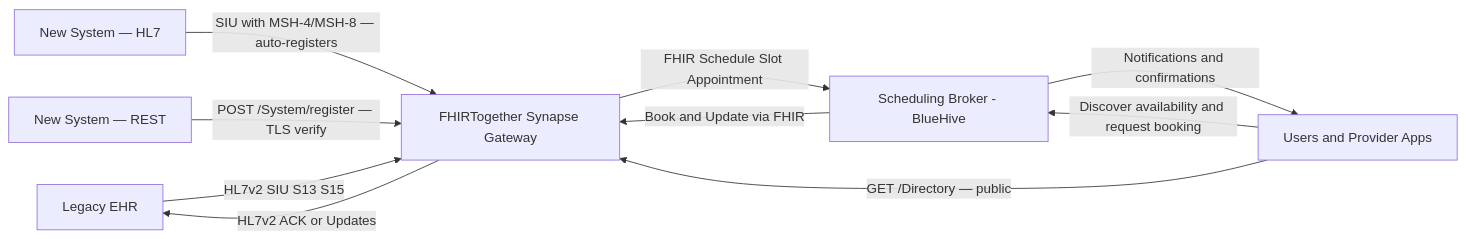
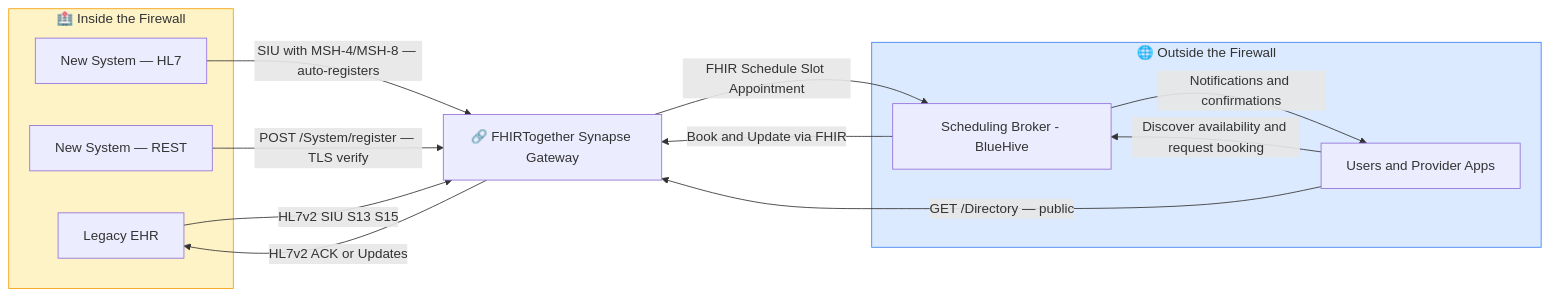
The second of 2 diagrams in README.md (mieweb/FHIRTogether), drawn with Mermaid before and after one commit. The commit also changed other lines of this file and 15 other files, not shown here.

Commit message:
docs: rewrite welcome page and add architecture diagram

````diff
--- a/README.md
+++ b/README.md
@@ -72,19 +77,28 @@
 ```mermaid
 flowchart LR
-  A[Legacy EHR]
-  B[FHIRTogether Synapse Gateway]
-  C[Scheduling Broker - BlueHive]
-  D[Users and Provider Apps]
-  E[New System — HL7]
-  F[New System — REST]
+  subgraph internal["🏥 Inside the Firewall"]
+    A[Legacy EHR]
+    E[New System — HL7]
+    F[New System — REST]
+  end
+
+  B[🔗 FHIRTogether Synapse Gateway]
+
+  subgraph external["🌐 Outside the Firewall"]
+    C[Scheduling Broker - BlueHive]
+    D[Users and Provider Apps]
+  end
 
   E -->|SIU with MSH-4/MSH-8 — auto-registers| B
   F -->|POST /System/register — TLS verify| B
   A -->|HL7v2 SIU S13 S15| B
   B -->|FHIR Schedule Slot Appointment| C
   C -->|Book and Update via FHIR| B
   B -->|HL7v2 ACK or Updates| A
   D -->|Discover availability and request booking| C
   D -->|GET /Directory — public| B
   C -->|Notifications and confirmations| D
+
+  style internal fill:#fef3c7,stroke:#f59e0b
+  style external fill:#dbeafe,stroke:#3b82f6
 ```
````
